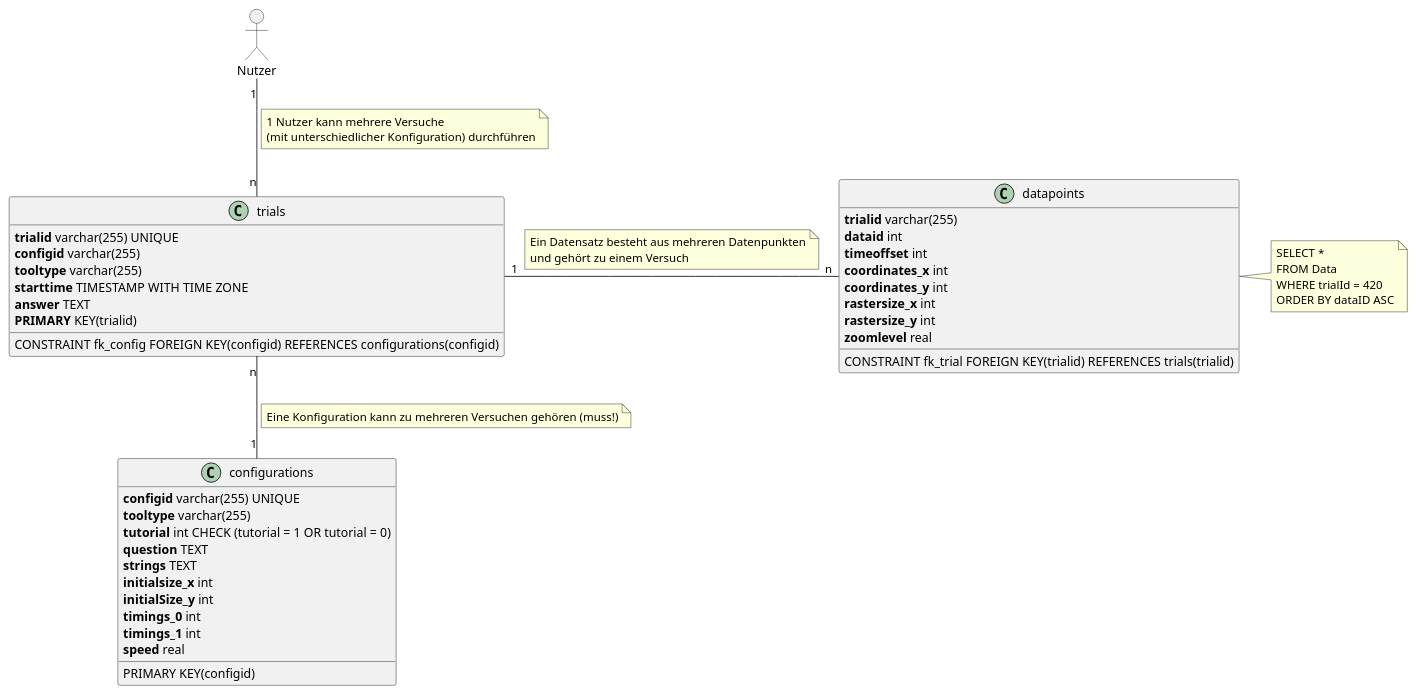
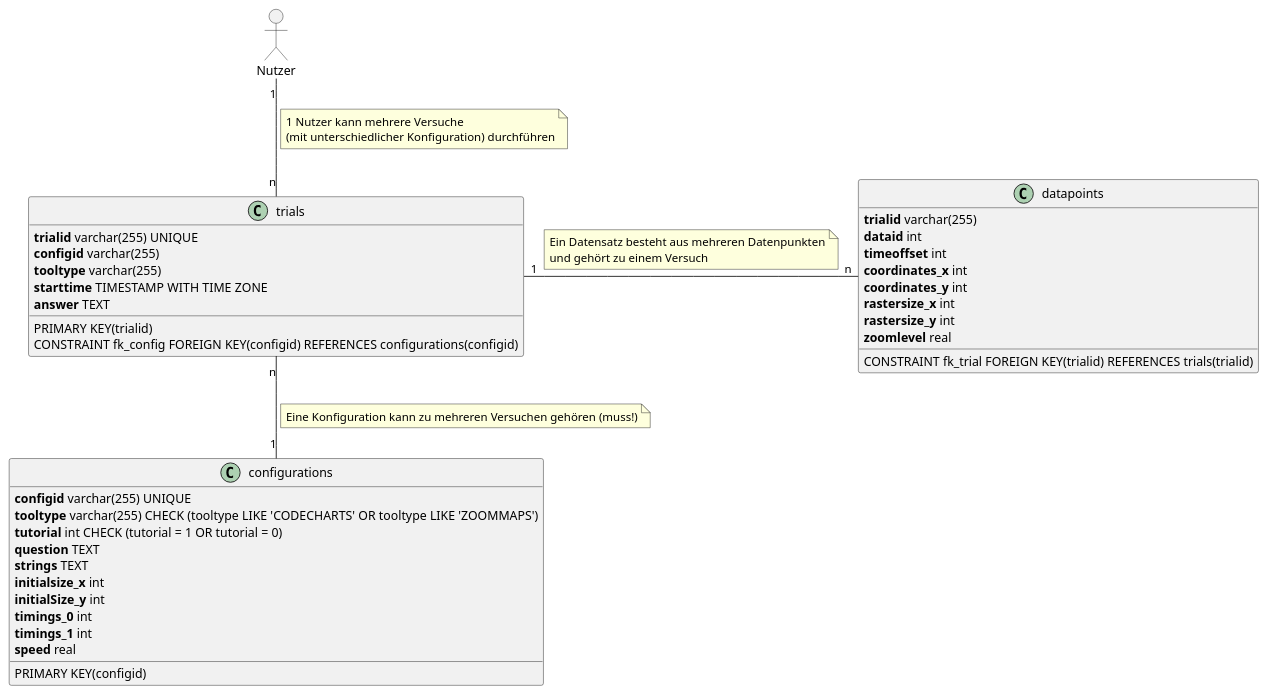
One commit to weichware-10/dokumente changed the diagram in uml-class/sonstige/database.puml. Above: the diagram before and after it, drawn with PlantUML. The commit also changed 1 other file, not shown here.

```diff
--- a/uml-class/sonstige/database.puml
+++ b/uml-class/sonstige/database.puml
@@ -1,67 +1,60 @@
 @startuml database
 
 allowmixing
 
 actor "Nutzer" as n
 
 class "configurations" as c {
     **configid** varchar(255) UNIQUE
-    **tooltype** varchar(255)
+    **tooltype** varchar(255) CHECK (tooltype LIKE 'CODECHARTS' OR tooltype LIKE 'ZOOMMAPS')
     **tutorial** int CHECK (tutorial = 1 OR tutorial = 0)
     **question** TEXT
     **strings** TEXT
     **initialsize_x** int
     **initialSize_y** int
     **timings_0** int
     **timings_1** int
     **speed** real
     __
     PRIMARY KEY(configid)
 }
 
 class "trials" as t {
     **trialid** varchar(255) UNIQUE
     **configid** varchar(255)
     **tooltype** varchar(255)
     **starttime** TIMESTAMP WITH TIME ZONE
     **answer** TEXT
-    **PRIMARY** KEY(trialid)
     __
+    PRIMARY KEY(trialid)
     CONSTRAINT fk_config FOREIGN KEY(configid) REFERENCES configurations(configid)
 }
 
 class "datapoints" as d {
     **trialid** varchar(255)
     **dataid** int
     **timeoffset** int
     **coordinates_x** int
     **coordinates_y** int
     **rastersize_x** int
     **rastersize_y** int
     **zoomlevel** real
     __
     CONSTRAINT fk_trial FOREIGN KEY(trialid) REFERENCES trials(trialid)
 }
 
 n "1" -- "n" t
 note on link
     1 Nutzer kann mehrere Versuche
     (mit unterschiedlicher Konfiguration) durchführen
 end note
 t "1" -r- "n" d
 note on link
     Ein Datensatz besteht aus mehreren Datenpunkten
     und gehört zu einem Versuch
 end note
 t "n" -- "1" c
 note on link
     Eine Konfiguration kann zu mehreren Versuchen gehören (muss!)
 end note
-
-note right of d
-    SELECT *
-    FROM Data
-    WHERE trialId = 420
-    ORDER BY dataID ASC
-end note
 @enduml
```
